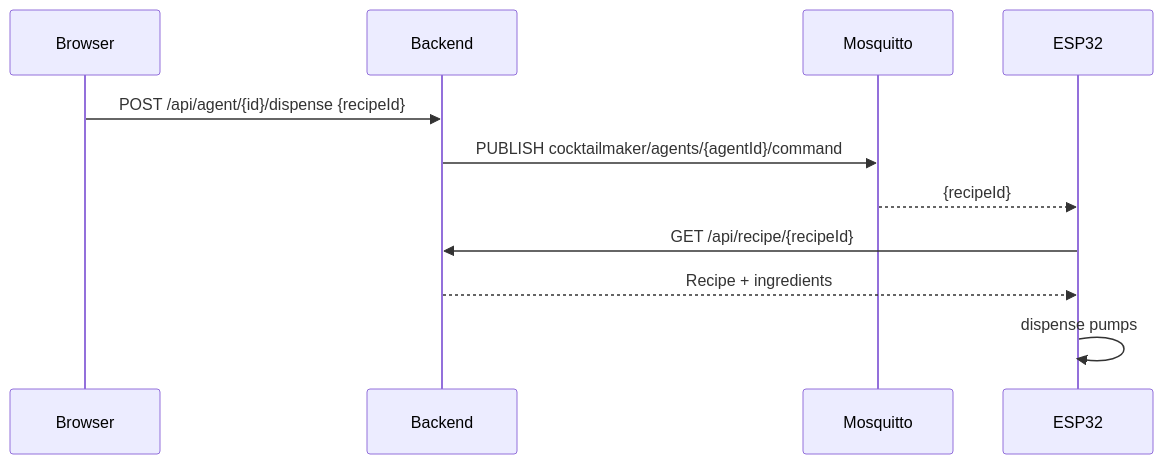
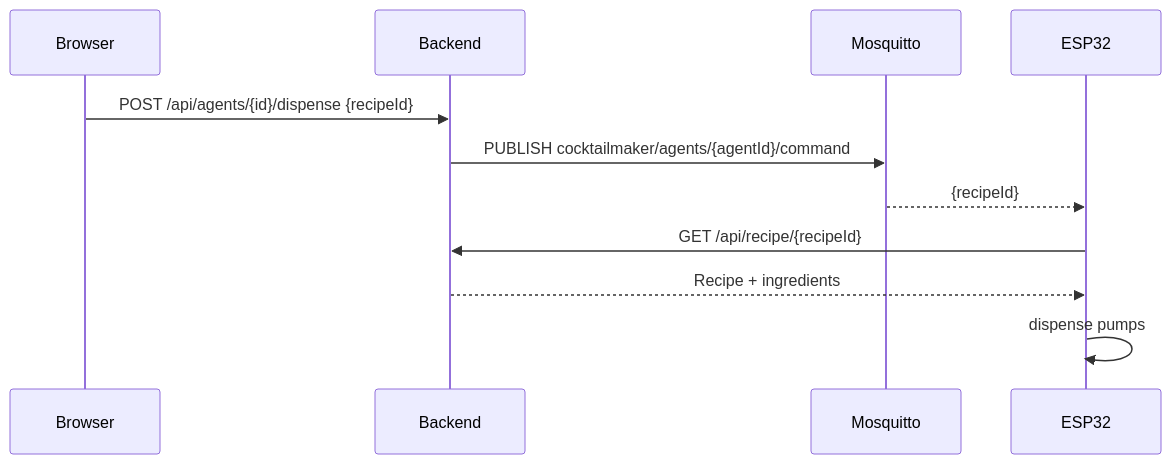
Before and after one commit to codeiakofficial/cocktailmaker: the fourth of 6 diagrams in docs/architecture.md, drawn with Mermaid. The commit also changed other lines of this file and 1 other file, not shown here.

````diff
--- a/docs/architecture.md
+++ b/docs/architecture.md
@@ -61,14 +61,14 @@
 ```mermaid
 sequenceDiagram
     participant Browser
     participant Backend
     participant Broker as Mosquitto
     participant ESP32
 
-    Browser->>Backend: POST /api/agent/{id}/dispense {recipeId}
+    Browser->>Backend: POST /api/agents/{id}/dispense {recipeId}
     Backend->>Broker: PUBLISH cocktailmaker/agents/{agentId}/command
     Broker-->>ESP32: {recipeId}
     ESP32->>Backend: GET /api/recipe/{recipeId}
     Backend-->>ESP32: Recipe + ingredients
     ESP32->>ESP32: dispense pumps
 ```
````
